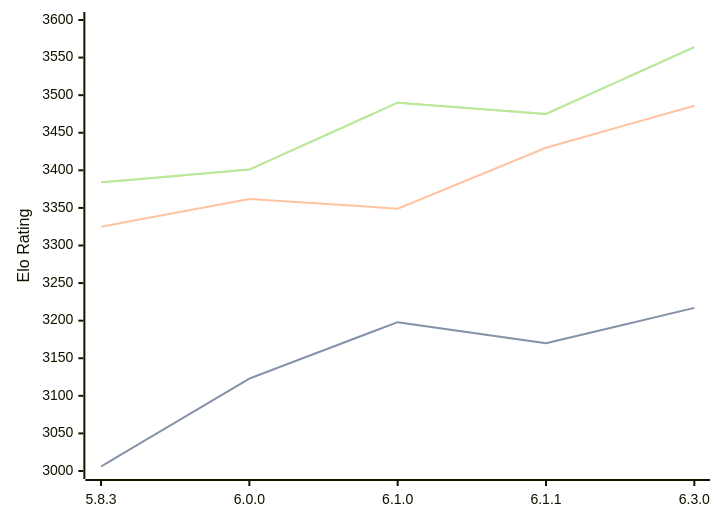
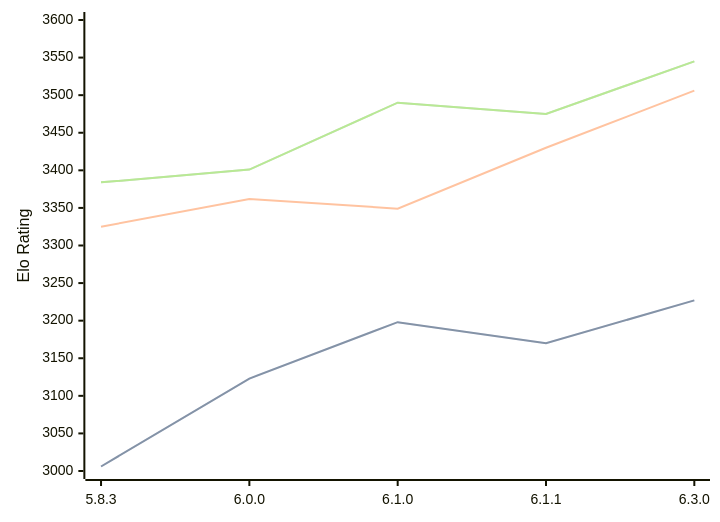
Before and after one commit to computer-chess-index/cci: the diagram in engines/Zigqueen.md, drawn with Mermaid. The commit also changed other lines of this file, not shown here.

Commit message:
Update CCI Ratings (ELO VLTC) - 2026-10-03

````diff
--- a/engines/Zigqueen.md
+++ b/engines/Zigqueen.md
@@ -39,11 +39,11 @@
 ```mermaid
 %%{init: {"theme":"base","themeVariables":{"seriesColors:['#a3a3a3','#222221','#faa371']}}}%%
 xychart-beta
   x-axis ["5.8.3", "6.0.0", "6.1.0", "6.1.1", "6.3.0"]
   y-axis "Elo Rating" 3000 --> 3600
-  line "" [3006, 3123, 3198, 3170, 3217]
-  line "STC (8.0+0.08s)" [3006, 3123, 3198, 3170, 3217]
-  line "LTC (60.0+0.60s)" [3325, 3362, 3349, 3430, 3486]
-  line "" [3384, 3401, 3490, 3475, 3564]
-  line "VLTC (2m24s+1.12s)" [3384, 3401, 3490, 3475, 3564]
+  line "" [3006, 3123, 3198, 3170, 3227]
+  line "STC (8.0+0.08s)" [3006, 3123, 3198, 3170, 3227]
+  line "LTC (60.0+0.60s)" [3325, 3362, 3349, 3430, 3506]
+  line "" [3384, 3401, 3490, 3475, 3545]
+  line "VLTC (2m24s+1.12s)" [3384, 3401, 3490, 3475, 3545]
 ```
````
